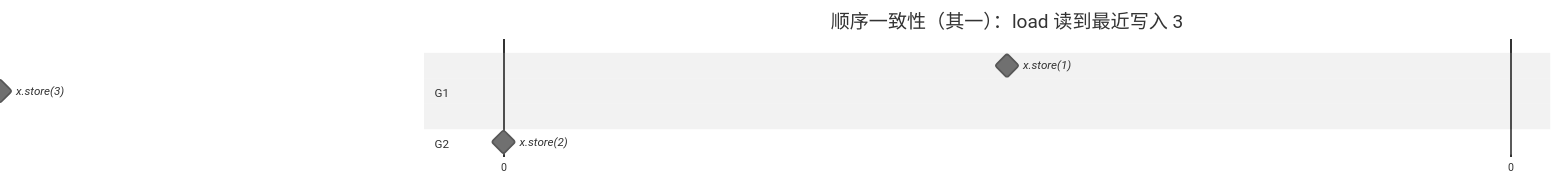
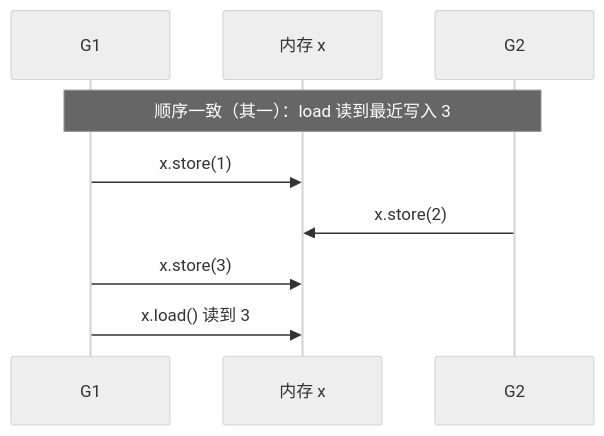
One commit to golang-design/under-the-hood changed the third of 11 diagrams in book/zh-cn/part1basic/ch05sync/mem.md. Above: the diagram before and after it, drawn with Mermaid (neutral theme). The commit also changed other lines of this file and 1 other file, not shown here.

First line of the commit message:
book: replace gantt timing diagrams with sequence diagrams

````diff
--- a/book/zh-cn/part1basic/ch05sync/mem.md
+++ b/book/zh-cn/part1basic/ch05sync/mem.md
@@ -119,12 +118,11 @@
 ```mermaid
-gantt
-    title 顺序一致性（其一）：load 读到最近写入 3
-    dateFormat X
-    axisFormat %s
-    section G1
-    x.store(1)      :milestone, 1, 0
-    x.store(3)      :milestone, 3, 0
-    x.load() 读到 3 :milestone, 5, 0
-    section G2
-    x.store(2)      :milestone, 2, 0
+sequenceDiagram
+    participant G1
+    participant X as 内存 x
+    participant G2
+    Note over G1,G2: 顺序一致（其一）：load 读到最近写入 3
+    G1->>X: x.store(1)
+    G2->>X: x.store(2)
+    G1->>X: x.store(3)
+    G1->>X: x.load() 读到 3
 ```
````
